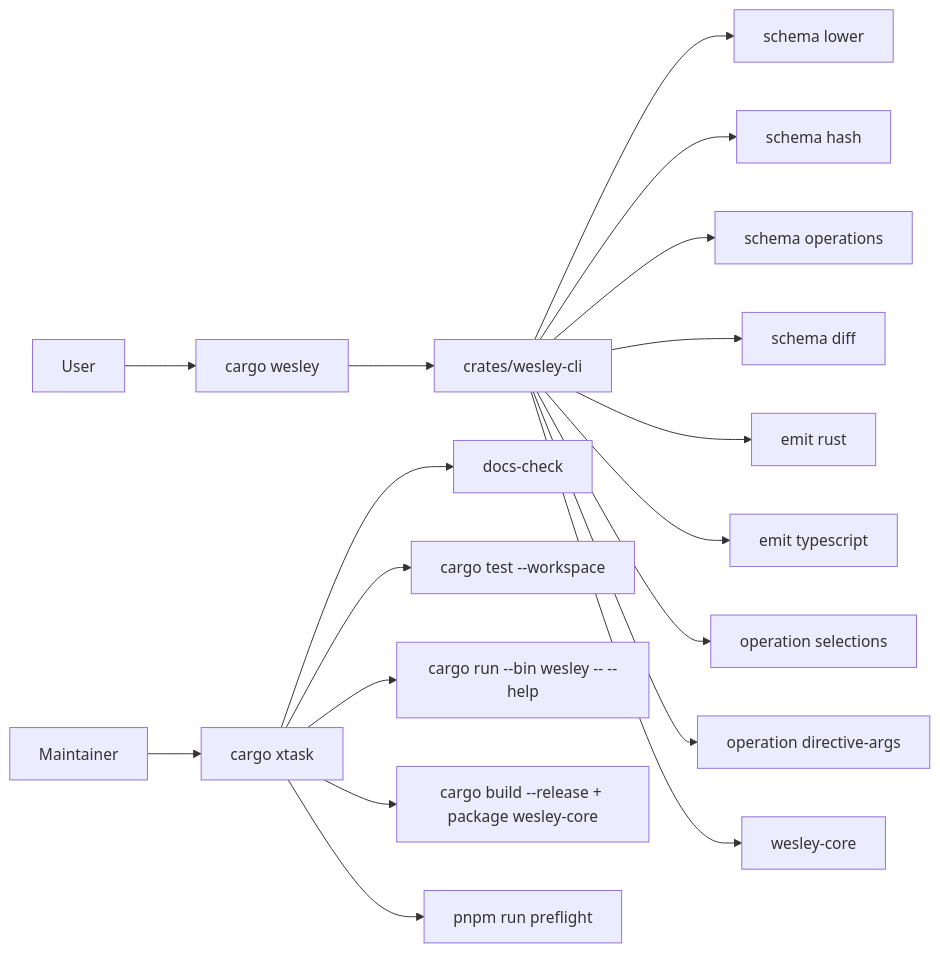
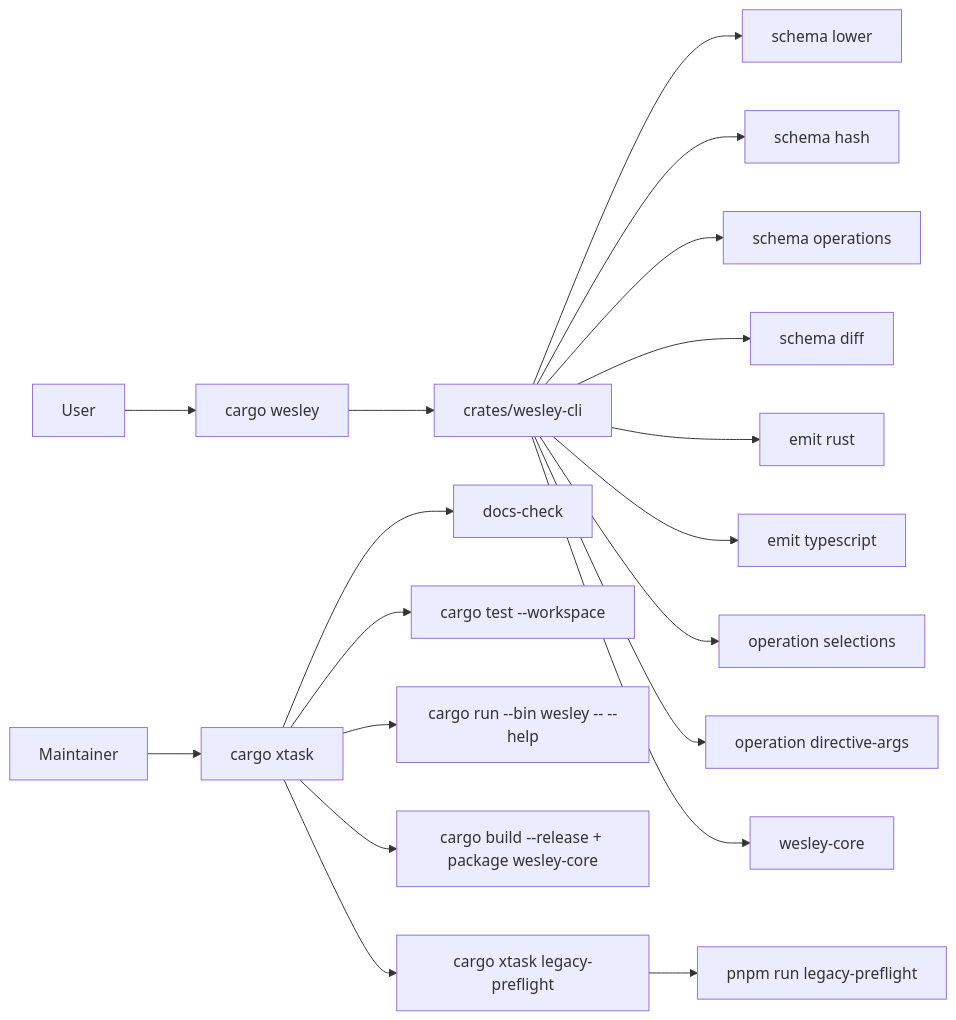
The fifth of 9 diagrams in docs/ARCHITECTURE.md (flyingrobots/wesley), drawn with Mermaid before and after one commit. The commit also changed other lines of this file and 54 other files, not shown here.

````diff
--- a/docs/ARCHITECTURE.md
+++ b/docs/ARCHITECTURE.md
@@ -436,21 +437,22 @@
 ```mermaid
 flowchart LR
     User --> CargoWesley[cargo wesley]
     CargoWesley --> WesleyBin[crates/wesley-cli]
     WesleyBin --> SchemaLower[schema lower]
     WesleyBin --> SchemaHash[schema hash]
     WesleyBin --> SchemaOperations[schema operations]
     WesleyBin --> SchemaDiff[schema diff]
     WesleyBin --> EmitRust[emit rust]
     WesleyBin --> EmitTypescript[emit typescript]
     WesleyBin --> OpSelections[operation selections]
     WesleyBin --> DirectiveArgs[operation directive-args]
     WesleyBin --> CoreFacts[wesley-core]
 
     Maintainer --> CargoXtask[cargo xtask]
     CargoXtask --> DocsCheck[docs-check]
     CargoXtask --> Tests[cargo test --workspace]
     CargoXtask --> NativeHelp[cargo run --bin wesley -- --help]
     CargoXtask --> Release[cargo build --release + package wesley-core]
-    CargoXtask --> Legacy[pnpm run preflight]
+    CargoXtask --> Legacy[cargo xtask legacy-preflight]
+    Legacy --> Pnpm[pnpm run legacy-preflight]
 ```
````
